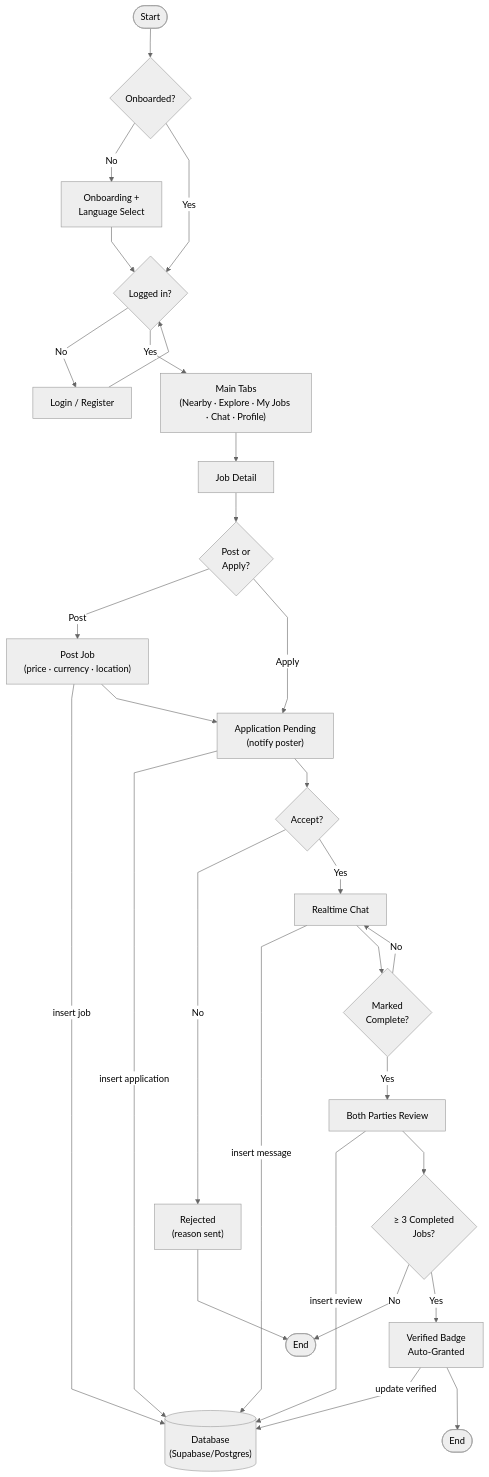
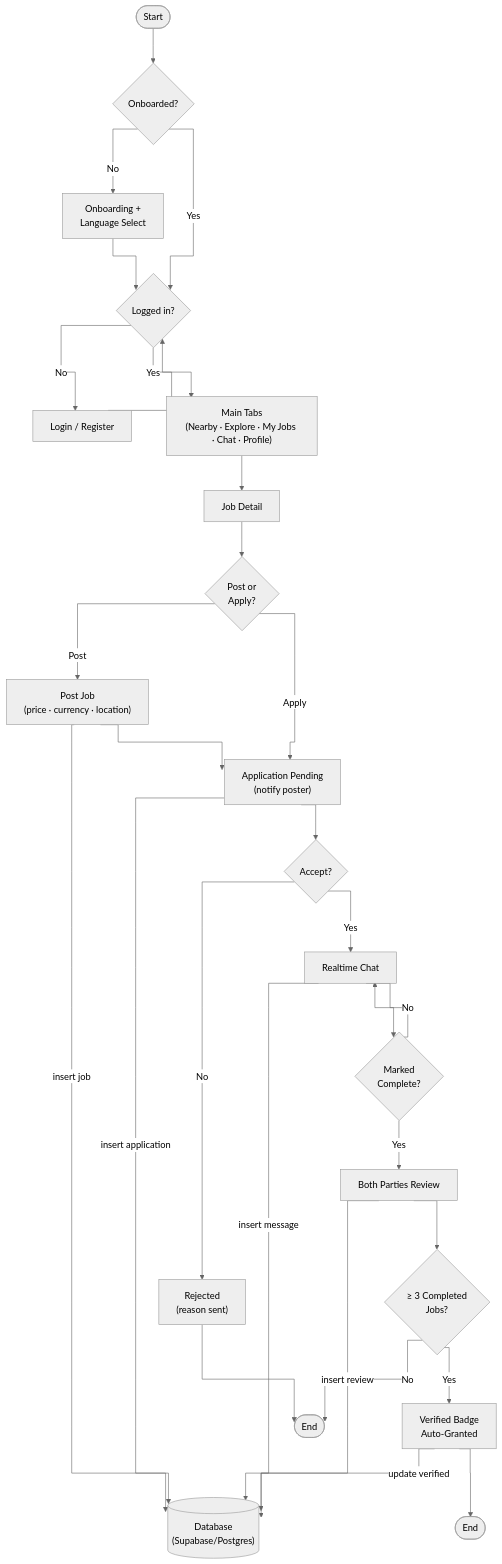
One commit to phyothant-dev/loc-jobs changed the first of 9 diagrams in DIAGRAMS.md. Above: the diagram before and after it, drawn with Mermaid (neutral theme). The commit also changed other lines of this file and 1 other file, not shown here.

Commit message:
docs: reduce line overlap across diagrams (orthogonal edges, fewer class relations, grouped use cases)

````diff
--- a/DIAGRAMS.md
+++ b/DIAGRAMS.md
@@ -17,32 +17,32 @@
 ```mermaid
-%%{init: {"flowchart": {"curve": "linear"}}}%%
+%%{init: {"flowchart": {"curve": "stepAfter", "nodeSpacing": 60, "rankSpacing": 60}}}%%
 flowchart TB
     Start(["Start"]) --> Onb{"Onboarded?"}
     Onb -- No --> Intro["Onboarding +<br/>Language Select"]
     Intro --> Auth{"Logged in?"}
     Onb -- Yes --> Auth
     Auth -- No --> Login["Login / Register"]
     Login --> Auth
     Auth -- Yes --> Tabs["Main Tabs<br/>(Nearby · Explore · My Jobs · Chat · Profile)"]
     Tabs --> Detail["Job Detail"]
     Detail --> Post{"Post or<br/>Apply?"}
     Post -- Post --> PostJob["Post Job<br/>(price · currency · location)"]
     PostJob -->|insert job| DB[("Database<br/>(Supabase/Postgres)")]
     PostJob --> Pending["Application Pending<br/>(notify poster)"]
     Post -- Apply --> Pending
     Pending -->|insert application| DB
     Pending --> Decide{"Accept?"}
     Decide -- No --> Reject["Rejected<br/>(reason sent)"]
     Decide -- Yes --> Chat["Realtime Chat"]
     Chat -->|insert message| DB
     Chat --> Comp{"Marked<br/>Complete?"}
     Comp -- No --> Chat
     Comp -- Yes --> Review["Both Parties Review"]
     Review -->|insert review| DB
     Review --> Badge{"≥ 3 Completed<br/>Jobs?"}
     Badge -- No --> End1(["End"])
     Badge -- Yes --> Verified["Verified Badge<br/>Auto-Granted"]
     Verified -->|update verified| DB
     Verified --> End2(["End"])
     Reject --> End1
 ```
````
